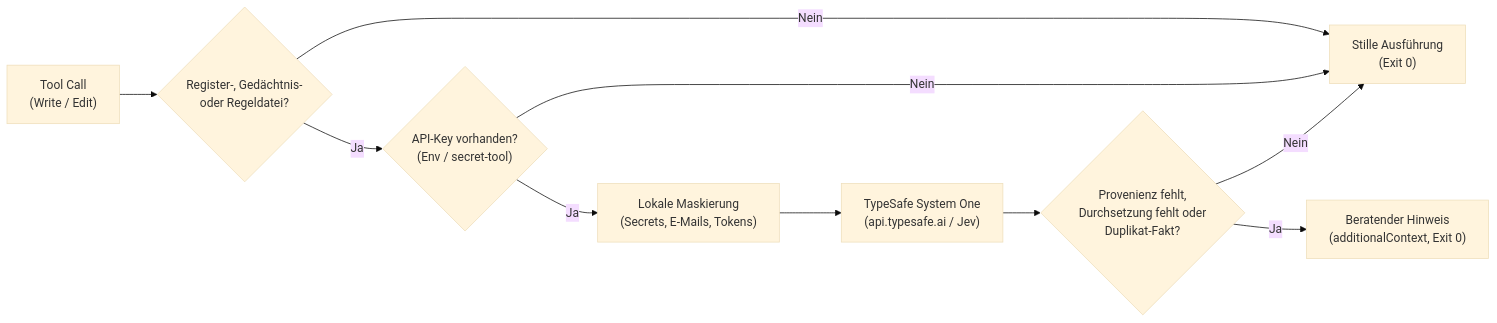
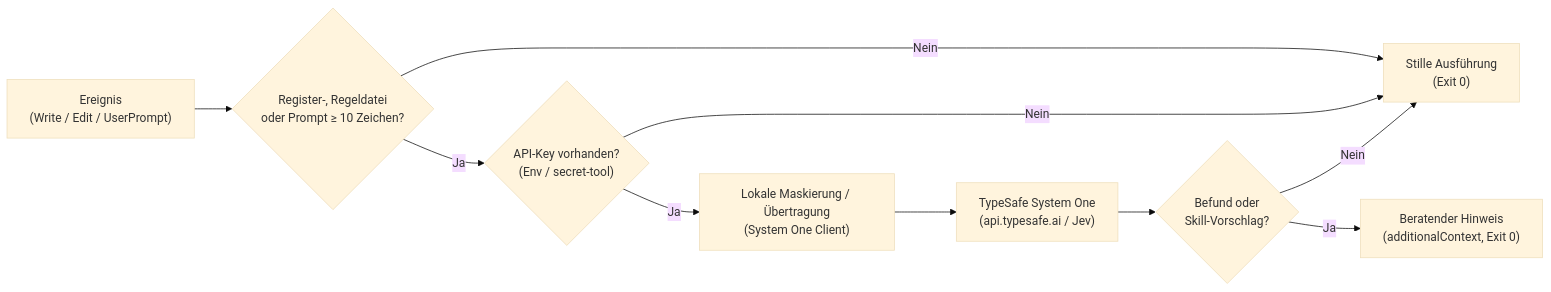
Before and after one commit to mankind806/imprint-core: the second of 2 diagrams in README.md, drawn with Mermaid (base theme). The commit also changed other lines of this file and 5 other files, not shown here.

First line of the commit message:
feat(typesafe): Skill-Vorschlag je Eingabe bei UserPromptSubmit integrieren (CL-004) (#32)

````diff
--- a/README.md
+++ b/README.md
@@ -152,12 +152,12 @@
 ```mermaid
 flowchart LR
-    A["Tool Call<br/>(Write / Edit)"] --> B{"Register-, Gedächtnis-<br/>oder Regeldatei?"}
+    A["Ereignis<br/>(Write / Edit / UserPrompt)"] --> B{"Register-, Regeldatei<br/>oder Prompt ≥ 10 Zeichen?"}
     B -- Nein --> C["Stille Ausführung<br/>(Exit 0)"]
     B -- Ja --> D{"API-Key vorhanden?<br/>(Env / secret-tool)"}
     D -- Nein --> C
-    D -- Ja --> E["Lokale Maskierung<br/>(Secrets, E-Mails, Tokens)"]
+    D -- Ja --> E["Lokale Maskierung / Übertragung<br/>(System One Client)"]
     E --> F["TypeSafe System One<br/>(api.typesafe.ai / Jev)"]
-    F --> G{"Provenienz fehlt,<br/>Durchsetzung fehlt oder<br/>Duplikat-Fakt?"}
+    F --> G{"Befund oder<br/>Skill-Vorschlag?"}
     G -- Nein --> C
     G -- Ja --> H["Beratender Hinweis<br/>(additionalContext, Exit 0)"]
 ```
````
